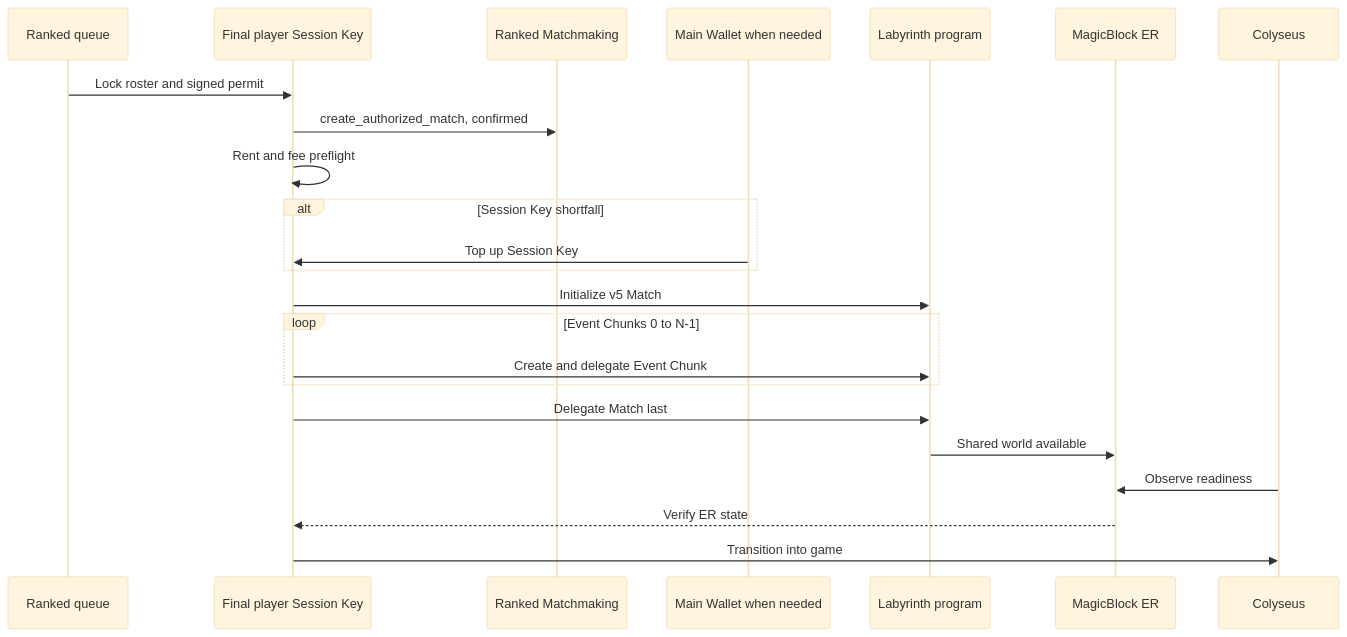
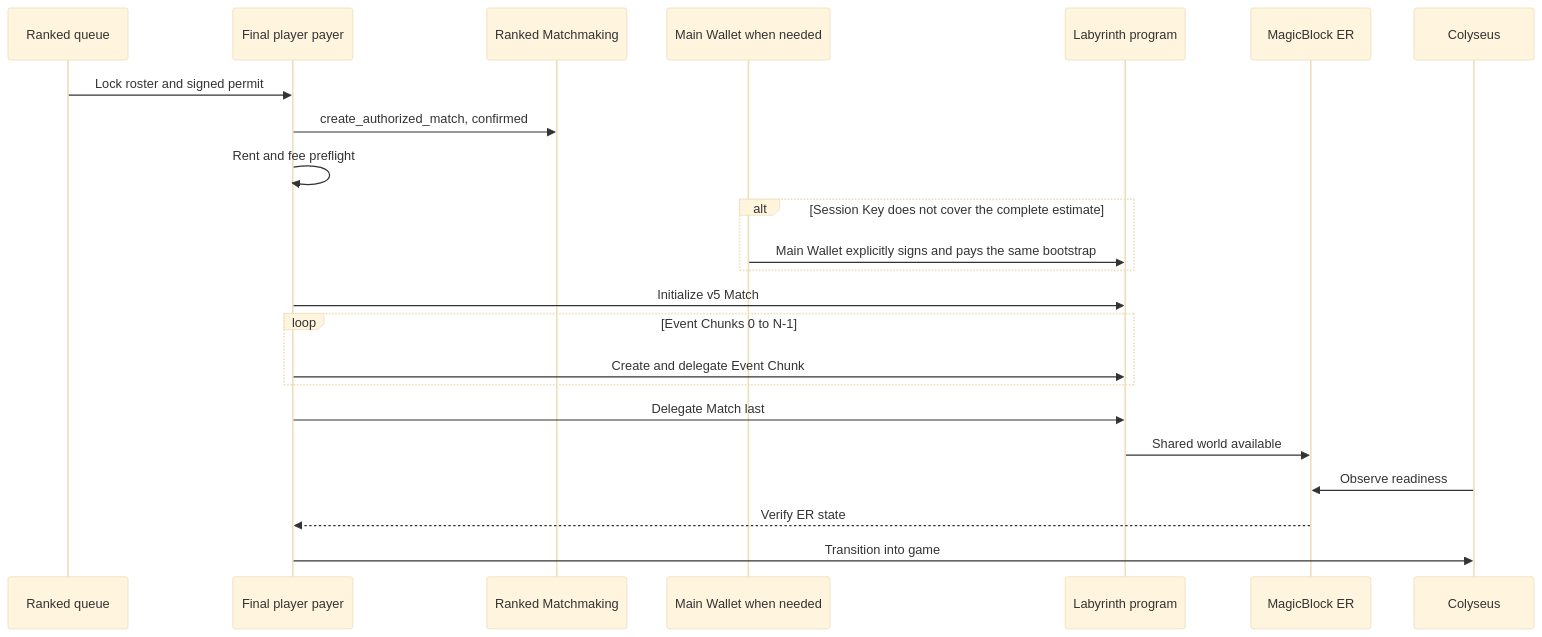
The first of 4 diagrams in docs/PLAYER_PAID_ER_BOOTSTRAP.md (SOLZ-FUN/labyrinth_magicblock), drawn with Mermaid (base theme) before and after one commit. The commit also changed other lines of this file and 4 other files, not shown here.

Commit message:
fix(labyrinth): finalize v5 player payer contract

````diff
--- a/docs/PLAYER_PAID_ER_BOOTSTRAP.md
+++ b/docs/PLAYER_PAID_ER_BOOTSTRAP.md
@@ -32,25 +34,25 @@
 ```mermaid
 sequenceDiagram
     participant Q as Ranked queue
-    participant F as Final player Session Key
+    participant F as Final player payer
     participant M as Ranked Matchmaking
     participant W as Main Wallet when needed
     participant L as Labyrinth program
     participant ER as MagicBlock ER
     participant C as Colyseus
     Q->>F: Lock roster and signed permit
     F->>M: create_authorized_match, confirmed
     F->>F: Rent and fee preflight
-    alt Session Key shortfall
-        W->>F: Top up Session Key
+    alt Session Key does not cover the complete estimate
+        W->>L: Main Wallet explicitly signs and pays the same bootstrap
     end
     F->>L: Initialize v5 Match
     loop Event Chunks 0 to N-1
         F->>L: Create and delegate Event Chunk
     end
     F->>L: Delegate Match last
     L->>ER: Shared world available
     C->>ER: Observe readiness
     ER-->>F: Verify ER state
     F->>C: Transition into game
 ```
````
